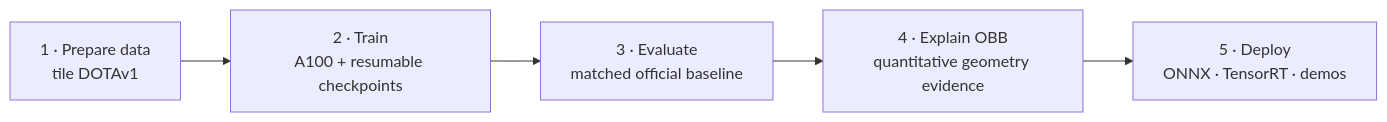
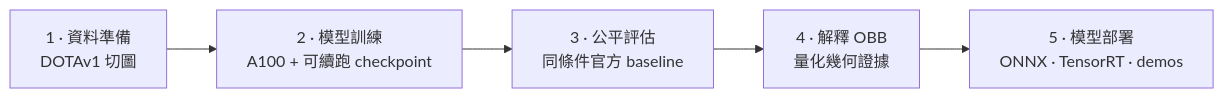
The diagram in README.md (kuotunyu/aerial-obb-lab), drawn with Mermaid before and after one commit. The commit also changed other lines of this file and 9 other files, not shown here.

````diff
--- a/README.md
+++ b/README.md
@@ -21,7 +22,7 @@
 ```mermaid
 flowchart LR
-    A["1 · Prepare data<br/>tile DOTAv1"] --> B["2 · Train<br/>A100 + resumable checkpoints"]
-    B --> C["3 · Evaluate<br/>matched official baseline"]
-    C --> D["4 · Explain OBB<br/>quantitative geometry evidence"]
-    D --> E["5 · Deploy<br/>ONNX · TensorRT · demos"]
+    A["1 · 資料準備<br/>DOTAv1 切圖"] --> B["2 · 模型訓練<br/>A100 + 可續跑 checkpoint"]
+    B --> C["3 · 公平評估<br/>同條件官方 baseline"]
+    C --> D["4 · 解釋 OBB<br/>量化幾何證據"]
+    D --> E["5 · 模型部署<br/>ONNX · TensorRT · demos"]
 ```
````
